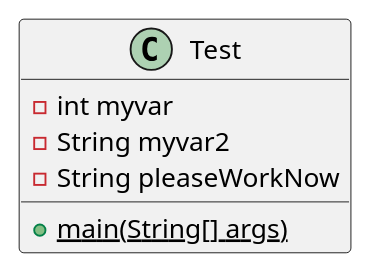
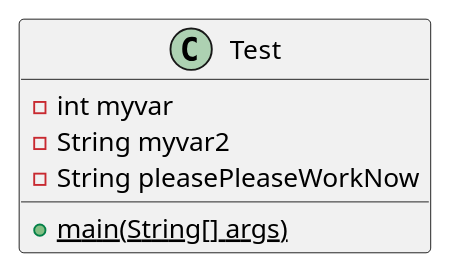
Before and after one commit to andrewdimmer/csi-3370-software-project-config-test: the diagram in docs/uml/test.puml, drawn with PlantUML.

```diff
--- a/docs/uml/test.puml
+++ b/docs/uml/test.puml
@@ -1,10 +1,10 @@
 @startuml test
 
 class Test {
     - int myvar
     - String myvar2
-    - String pleaseWorkNow
+    - String pleasePleaseWorkNow
     {static} + main(String[] args)
 }
 
 @enduml
```
